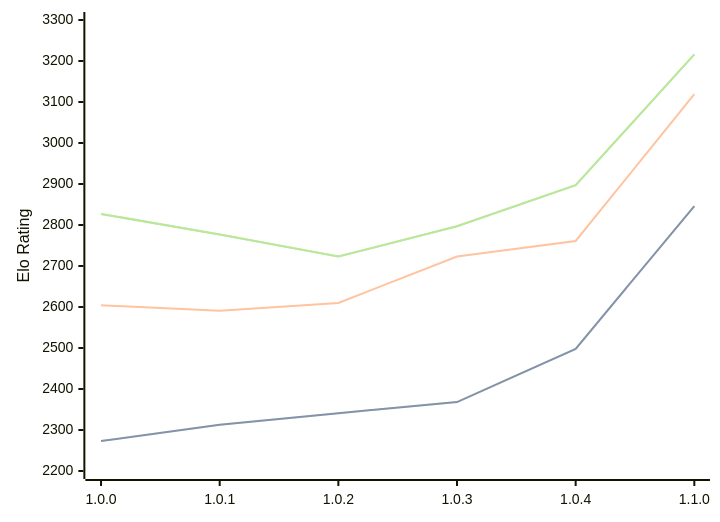
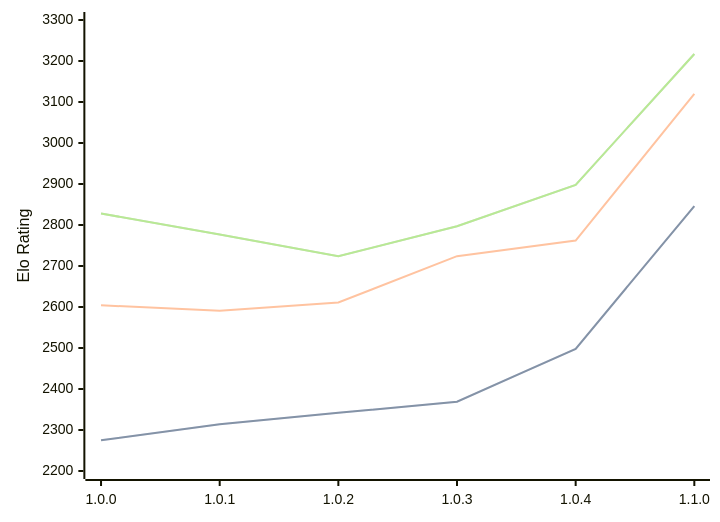
The diagram in engines/Grail.md (computer-chess-index/cci), drawn with Mermaid before and after one commit. The commit also changed other lines of this file, not shown here.

Commit message:
Update CCI Ratings (ELO VLTC) - 2026-05-01

````diff
--- a/engines/Grail.md
+++ b/engines/Grail.md
@@ -36,11 +36,11 @@
 ```mermaid
 %%{init: {"theme":"base","themeVariables":{"seriesColors:['#a3a3a3','#222221','#faa371']}}}%%
 xychart-beta
   x-axis ["1.0.0", "1.0.1", "1.0.2", "1.0.3", "1.0.4", "1.1.0"]
   y-axis "Elo Rating" 2200 --> 3300
-  line "STC (8.0+0.08s)" [2273, 2313, 2341, 2368, 2498, 2846]
-  line "STC (8.0+0.08s)" [2273, 2313, 2341, 2368, 2498, 2846]
-  line "LTC (60.0+0.60s)" [2604, 2591, 2610, 2723, 2761, 3119]
-  line "VLTC (2m24s+1.12s)" [2827, 2777, 2723, 2797, 2897, 3216]
-  line "VLTC (2m24s+1.12s)" [2827, 2777, 2723, 2797, 2897, 3216]
+  line "STC (8.0+0.08s)" [2275, 2314, 2342, 2369, 2498, 2846]
+  line "STC (8.0+0.08s)" [2275, 2314, 2342, 2369, 2498, 2846]
+  line "LTC (60.0+0.60s)" [2604, 2591, 2611, 2724, 2762, 3120]
+  line "VLTC (2m24s+1.12s)" [2828, 2777, 2724, 2797, 2898, 3217]
+  line "VLTC (2m24s+1.12s)" [2828, 2777, 2724, 2797, 2898, 3217]
 ```
````
